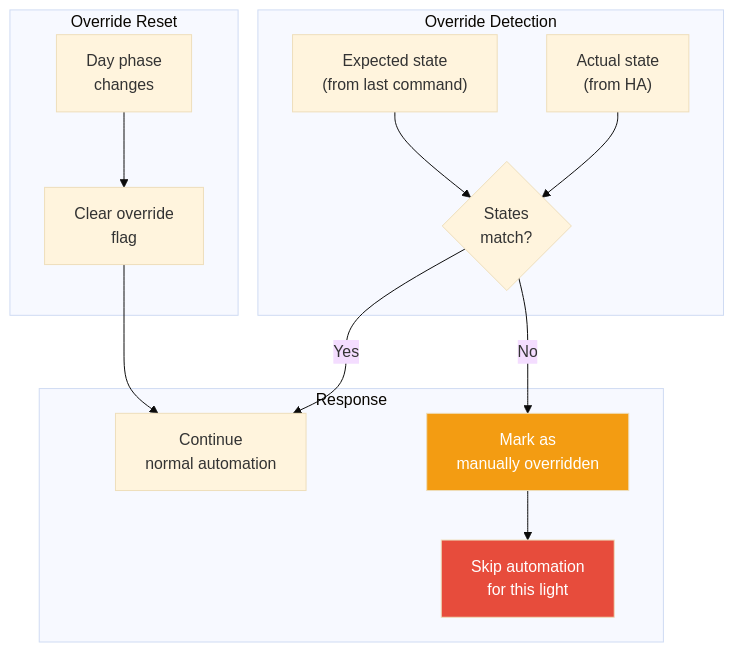
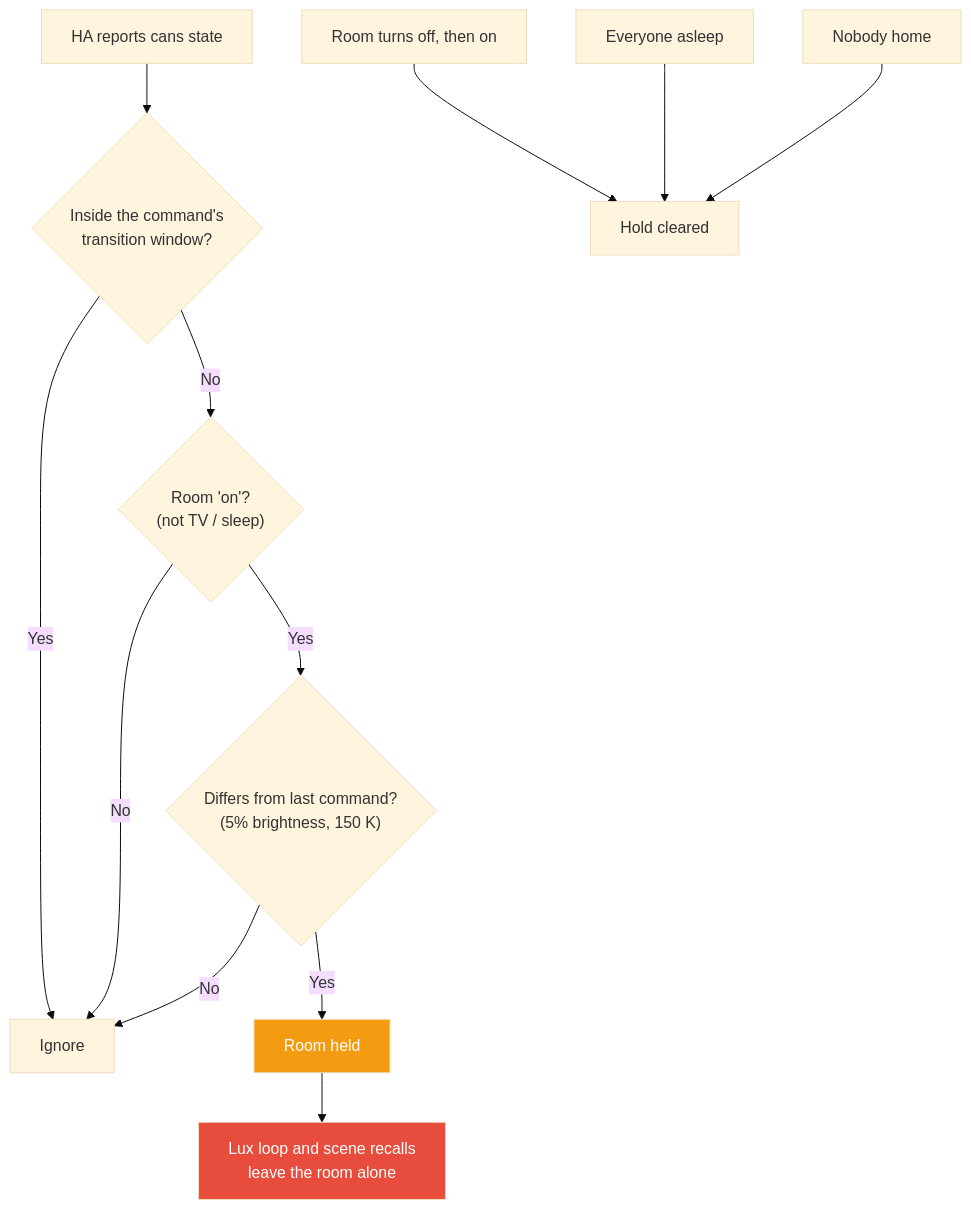
One commit to NickBorgers/home-automation changed the fifth of 7 diagrams in docs/flows/LIGHTING_CONTROL.md. Above: the diagram before and after it, drawn with Mermaid (base theme). The commit also changed other lines of this file and 14 other files, not shown here.

First line of the commit message:
feat(lighting): add lux-target control and manual hold

````diff
--- a/docs/flows/LIGHTING_CONTROL.md
+++ b/docs/flows/LIGHTING_CONTROL.md
@@ -174,31 +176,19 @@
 ```mermaid
 flowchart TD
-    subgraph Detection["Override Detection"]
-        expected["Expected state<br/>(from last command)"]
-        actual["Actual state<br/>(from HA)"]
-        compare{"States<br/>match?"}
-    end
+    report["HA reports cans state"] --> window{"Inside the command's<br/>transition window?"}
+    window -->|Yes| ignore["Ignore"]
+    window -->|No| owned{"Room 'on'?<br/>(not TV / sleep)"}
+    owned -->|No| ignore
+    owned -->|Yes| compare{"Differs from last command?<br/>(5% brightness, 150 K)"}
+    compare -->|No| ignore
+    compare -->|Yes| held["Room held"]
 
-    subgraph Response["Response"]
-        normal["Continue<br/>normal automation"]
-        override["Mark as<br/>manually overridden"]
-        protect["Skip automation<br/>for this light"]
-    end
+    held --> keep["Lux loop and scene recalls<br/>leave the room alone"]
 
-    subgraph Reset["Override Reset"]
-        dayPhaseChange["Day phase<br/>changes"]
-        clearOverride["Clear override<br/>flag"]
-    end
+    cycle["Room turns off, then on"] --> clear["Hold cleared"]
+    asleep["Everyone asleep"] --> clear
+    away["Nobody home"] --> clear
 
-    expected --> compare
-    actual --> compare
-    compare -->|Yes| normal
-    compare -->|No| override
-    override --> protect
-
-    dayPhaseChange --> clearOverride
-    clearOverride --> normal
-
-    style override fill:#f39c12,color:#fff
-    style protect fill:#e74c3c,color:#fff
+    style held fill:#f39c12,color:#fff
+    style keep fill:#e74c3c,color:#fff
 ```
````
